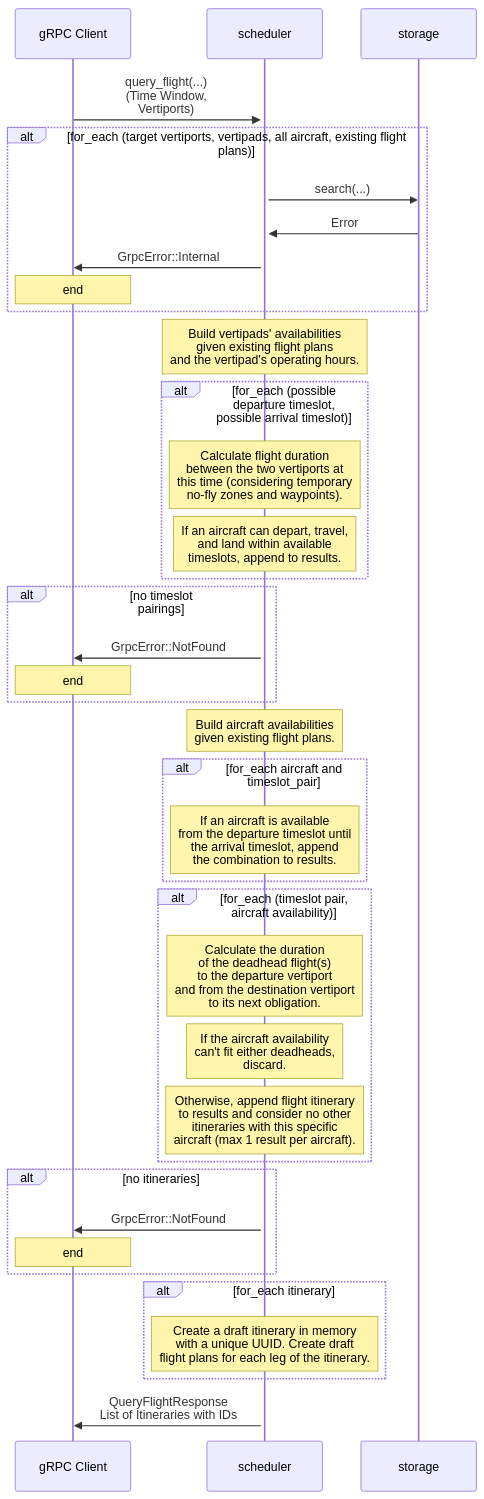
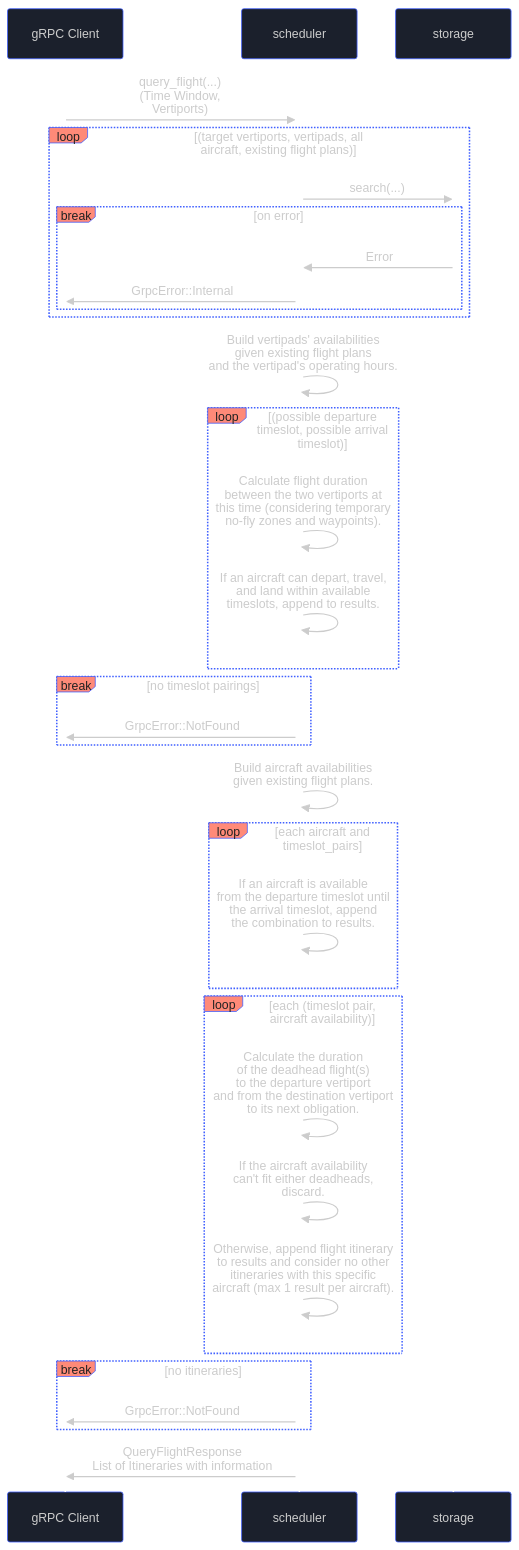
Before and after one commit to aetheric-oss/svc-scheduler: the ninth of 9 diagrams in docs/sdd.md, drawn with Mermaid. The commit also changed other lines of this file and 35 other files, not shown here.

````diff
--- a/docs/sdd.md
+++ b/docs/sdd.md
@@ -71,48 +527,60 @@
 ```mermaid
+%%{
+  init: {
+    'theme': 'base',
+    'themeVariables': {
+      'primaryColor': '#1B202C',
+      'primaryBorderColor': '#4060FF',
+      'primaryTextColor': '#CCC',
+      'actorLineColor': '#fff',
+      'labelBoxBkgColor': '#FF8A78',
+      'labelTextColor': '#222',
+      'sequenceNumberColor': '#1B202C',
+      'noteBkgColor': '#D6D6D6',
+      'noteTextColor': '#222',
+      'activationBkgColor': '#FF8A78'
+    }
+  }
+}%%
 sequenceDiagram
     participant client as gRPC Client
 
     client->>+scheduler: query_flight(...)<br>(Time Window,<br>Vertiports)
-    alt for_each (target vertiports, vertipads, all aircraft, existing flight plans)
+    loop (target vertiports, vertipads, all aircraft, existing flight plans)
         scheduler->>storage: search(...)
+        break on error
         storage->>scheduler: Error
         scheduler->>client: GrpcError::Internal
-        Note over client: end
+        end
     end
     
-    Note over scheduler: Build vertipads' availabilities<br>given existing flight plans<br>and the vertipad's operating hours.
+    scheduler->>scheduler: Build vertipads' availabilities<br>given existing flight plans<br>and the vertipad's operating hours.
     
-    alt for_each (possible departure timeslot, possible arrival timeslot)
-        Note over scheduler: Calculate flight duration <br>between the two vertiports at<br>this time (considering temporary<br>no-fly zones and waypoints).
-        Note over scheduler: If an aircraft can depart, travel,<br>and land within available<br>timeslots, append to results.
+    loop (possible departure timeslot, possible arrival timeslot)
+        scheduler->>scheduler: Calculate flight duration <br>between the two vertiports at<br>this time (considering temporary<br>no-fly zones and waypoints).
+        scheduler->>scheduler: If an aircraft can depart, travel,<br>and land within available<br>timeslots, append to results.
     end
 
-    alt no timeslot pairings
+    break no timeslot pairings
         scheduler->>client: GrpcError::NotFound
-        Note over client: end
     end
 
-    Note over scheduler: Build aircraft availabilities<br>given existing flight plans.
+    scheduler->>scheduler: Build aircraft availabilities<br>given existing flight plans.
 
-    alt for_each aircraft and timeslot_pair
-        Note over scheduler: If an aircraft is available<br>from the departure timeslot until<br>the arrival timeslot, append<br>the combination to results.
+    loop each aircraft and timeslot_pairs
+        scheduler->>scheduler: If an aircraft is available<br>from the departure timeslot until<br>the arrival timeslot, append<br>the combination to results.
     end
 
-    alt for_each (timeslot pair, aircraft availability)
-        Note over scheduler: Calculate the duration<br> of the deadhead flight(s)<br>to the departure vertiport<br>and from the destination vertiport<br>to its next obligation.
-        Note over scheduler: If the aircraft availability<br>can't fit either deadheads,<br> discard.
-        Note over scheduler: Otherwise, append flight itinerary<br>to results and consider no other<br>itineraries with this specific<br>aircraft (max 1 result per aircraft).
+    loop each (timeslot pair, aircraft availability)
+        scheduler->>scheduler: Calculate the duration<br> of the deadhead flight(s)<br>to the departure vertiport<br>and from the destination vertiport<br>to its next obligation.
+        scheduler->>scheduler: If the aircraft availability<br>can't fit either deadheads,<br> discard.
+        scheduler->>scheduler: Otherwise, append flight itinerary<br>to results and consider no other<br>itineraries with this specific<br>aircraft (max 1 result per aircraft).
     end
 
-    alt no itineraries
+    break no itineraries
         scheduler->>client: GrpcError::NotFound
-        Note over client: end
     end
 
-    alt for_each itinerary
-        Note over scheduler: Create a draft itinerary in memory<br>with a unique UUID. Create draft<br>flight plans for each leg of the itinerary.
-    end
 
-    scheduler->>client: QueryFlightResponse<br>List of Itineraries with IDs
-
+    scheduler->>client: QueryFlightResponse<br>List of Itineraries with information
 ```
````
